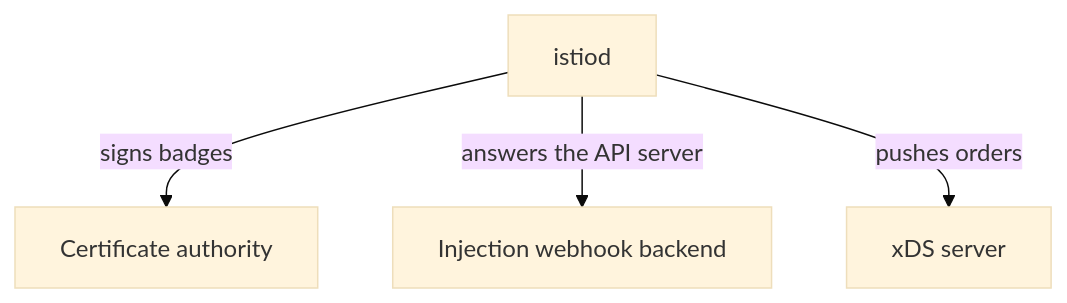
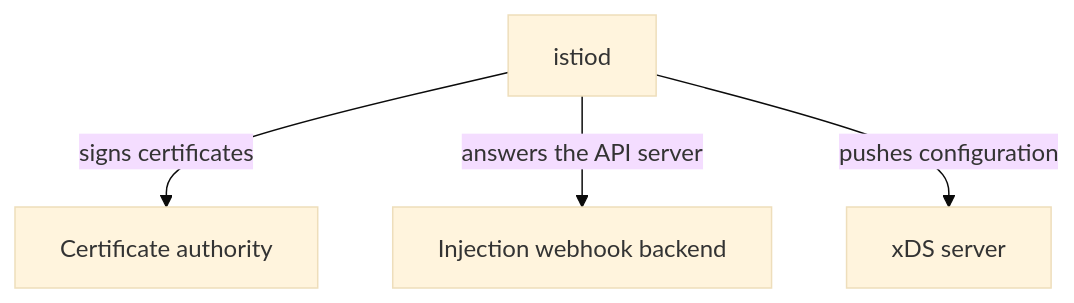
The diagram in sections/section-010/module-01/course-02-profiles-and-installed-objects.md (astrona-io/ATS013), drawn with Mermaid (base theme) before and after one commit. The commit also changed other lines of this file and 11 other files, not shown here.

````diff
--- a/sections/section-010/module-01/course-02-profiles-and-installed-objects.md
+++ b/sections/section-010/module-01/course-02-profiles-and-installed-objects.md
@@ -72,6 +64,6 @@
 ```mermaid
 flowchart TB
-    I["istiod"] -->|"signs badges"| C["Certificate authority"]
+    I["istiod"] -->|"signs certificates"| C["Certificate authority"]
     I -->|"answers the API server"| W["Injection webhook backend"]
-    I -->|"pushes orders"| X["xDS server"]
+    I -->|"pushes configuration"| X["xDS server"]
 ```
````
